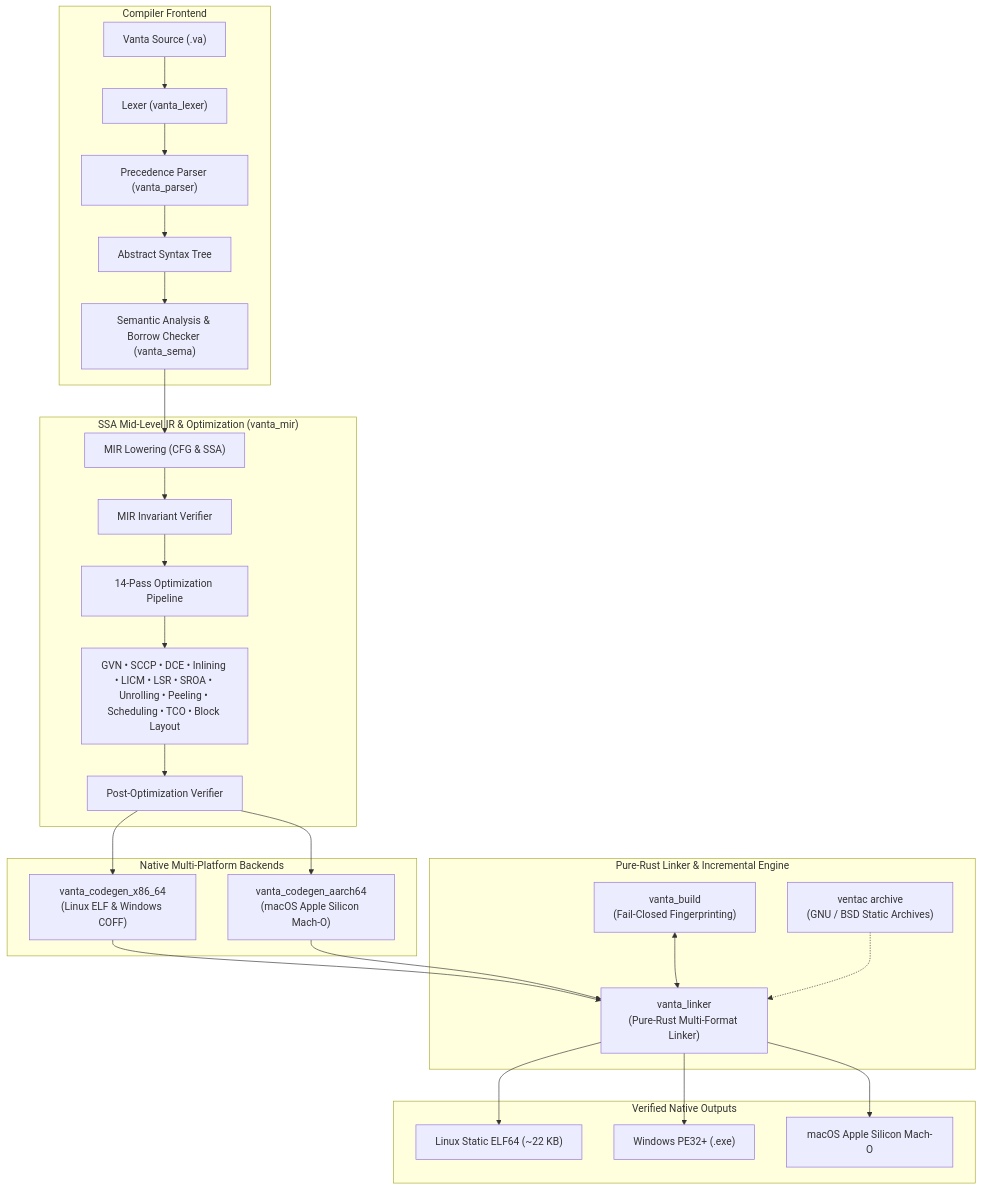
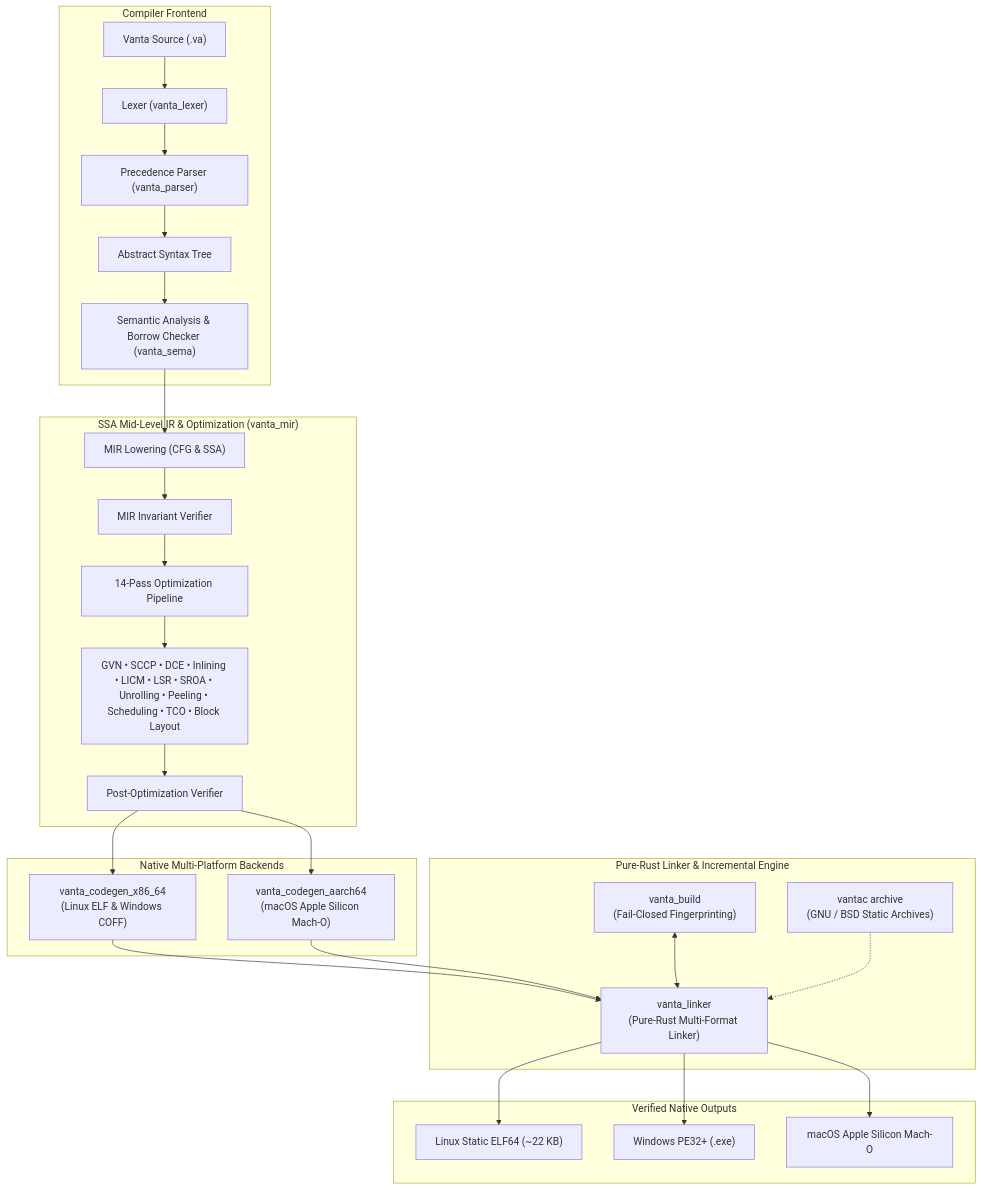
The fourth of 5 diagrams in README.md (Looka-info/Venta), drawn with Mermaid before and after one commit. The commit also changed other lines of this file, not shown here.

Commit message:
docs(readme): synchronize release links, vantac archive commands, and milestone 32.5 engine updates

````diff
--- a/README.md
+++ b/README.md
@@ -388,35 +388,35 @@
 ```mermaid
 flowchart TD
     subgraph Frontend ["Compiler Frontend"]
         SRC["Vanta Source (.va)"] --> LEX["Lexer (vanta_lexer)"]
         LEX --> PARSE["Precedence Parser (vanta_parser)"]
         PARSE --> AST["Abstract Syntax Tree"]
         AST --> SEMA["Semantic Analysis & Borrow Checker (vanta_sema)"]
     end
 
     subgraph MidEnd ["SSA Mid-Level IR & Optimization (vanta_mir)"]
         SEMA --> LOWER["MIR Lowering (CFG & SSA)"]
         LOWER --> VERIFY1["MIR Invariant Verifier"]
         VERIFY1 --> OPT["14-Pass Optimization Pipeline"]
         OPT --> OPT_PASSES["GVN • SCCP • DCE • Inlining • LICM • LSR • SROA • Unrolling • Peeling • Scheduling • TCO • Block Layout"]
         OPT_PASSES --> VERIFY2["Post-Optimization Verifier"]
     end
 
     subgraph Backend ["Native Multi-Platform Backends"]
         VERIFY2 --> CG_X86["vanta_codegen_x86_64<br>(Linux ELF & Windows COFF)"]
         VERIFY2 --> CG_ARM["vanta_codegen_aarch64<br>(macOS Apple Silicon Mach-O)"]
     end
 
     subgraph Toolchain ["Pure-Rust Linker & Incremental Engine"]
         CG_X86 --> LINKER["vanta_linker<br>(Pure-Rust Multi-Format Linker)"]
         CG_ARM --> LINKER
         BUILD["vanta_build<br>(Fail-Closed Fingerprinting)"] <--> LINKER
-        ARCHIVE["ventac archive<br>(GNU / BSD Static Archives)"] -.-> LINKER
+        ARCHIVE["vantac archive<br>(GNU / BSD Static Archives)"] -.-> LINKER
     end
 
     subgraph Output ["Verified Native Outputs"]
         LINKER --> ELF["Linux Static ELF64 (~22 KB)"]
         LINKER --> PE["Windows PE32+ (.exe)"]
         LINKER --> MACHO["macOS Apple Silicon Mach-O"]
     end
 ```
````
